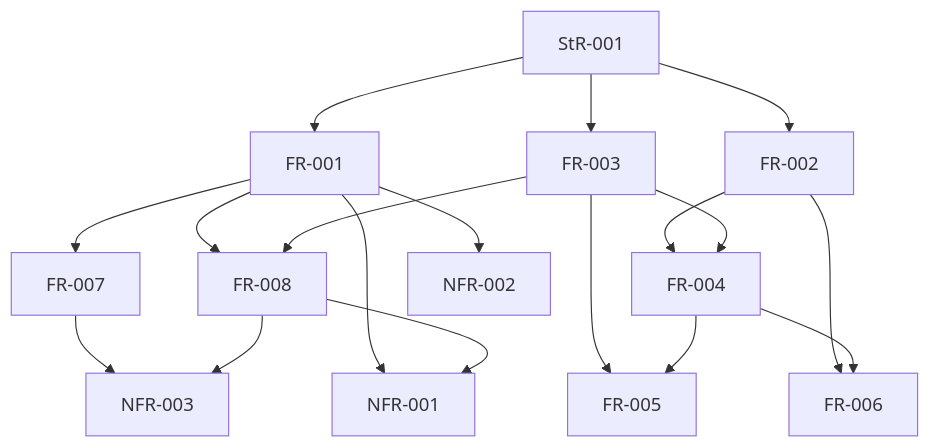
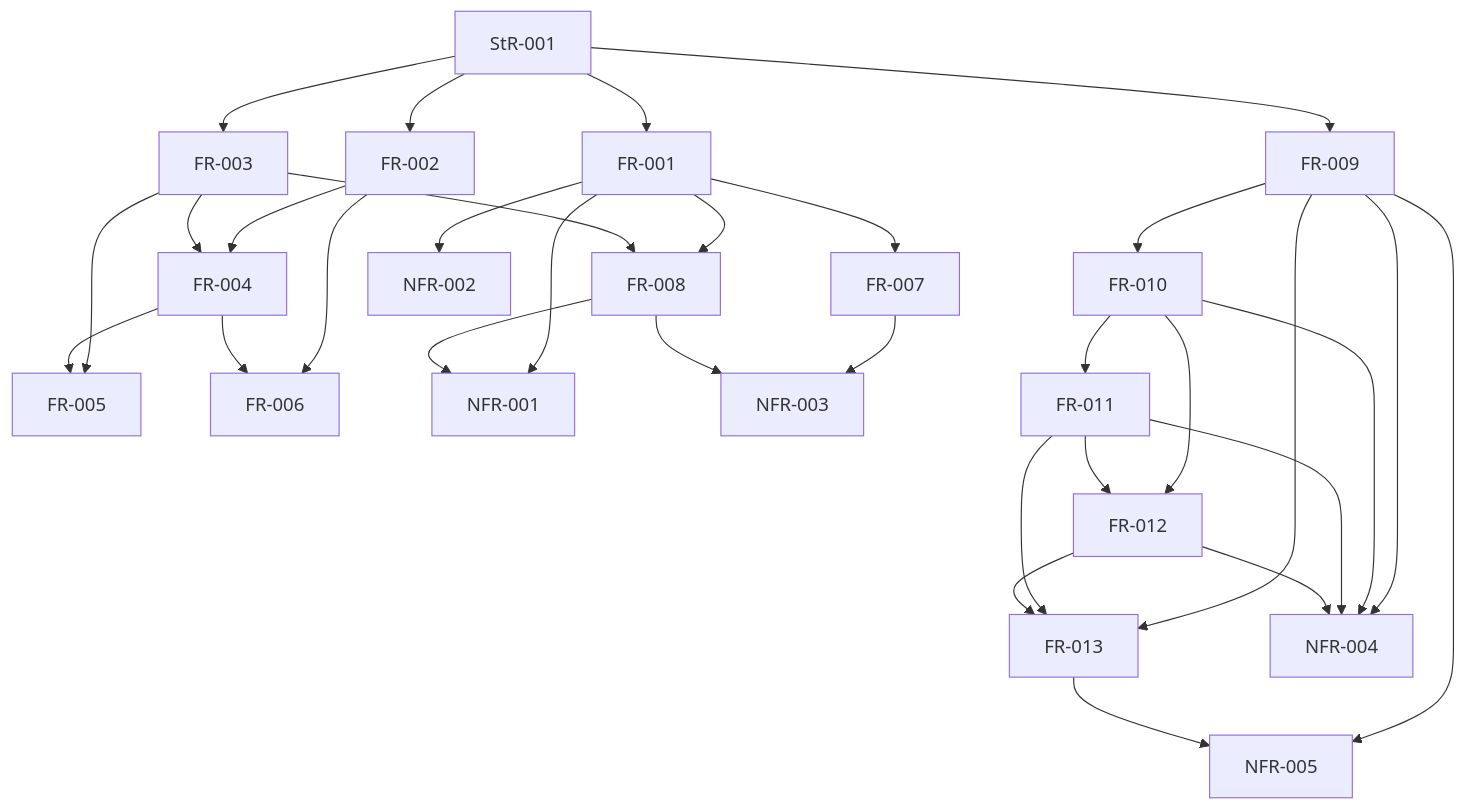
The diagram in spec/reviews/dependency.md (agent-ix/filament-core-data), drawn with Mermaid before and after one commit. The commit also changed other lines of this file and 59 other files, not shown here.

````diff
--- a/spec/reviews/dependency.md
+++ b/spec/reviews/dependency.md
@@ -43,20 +50,34 @@
 ```mermaid
 graph TD
   StR-001 --> FR-001
   StR-001 --> FR-002
   StR-001 --> FR-003
   FR-002 --> FR-004
   FR-003 --> FR-004
   FR-003 --> FR-005
   FR-004 --> FR-005
   FR-002 --> FR-006
   FR-004 --> FR-006
   FR-001 --> FR-007
   FR-001 --> FR-008
   FR-003 --> FR-008
   FR-001 --> NFR-001
   FR-008 --> NFR-001
   FR-001 --> NFR-002
   FR-007 --> NFR-003
   FR-008 --> NFR-003
+  StR-001 --> FR-009
+  FR-009 --> FR-010
+  FR-010 --> FR-011
+  FR-010 --> FR-012
+  FR-011 --> FR-012
+  FR-009 --> FR-013
+  FR-011 --> FR-013
+  FR-012 --> FR-013
+  FR-009 --> NFR-004
+  FR-010 --> NFR-004
+  FR-011 --> NFR-004
+  FR-012 --> NFR-004
+  FR-009 --> NFR-005
+  FR-013 --> NFR-005
 ```
````
